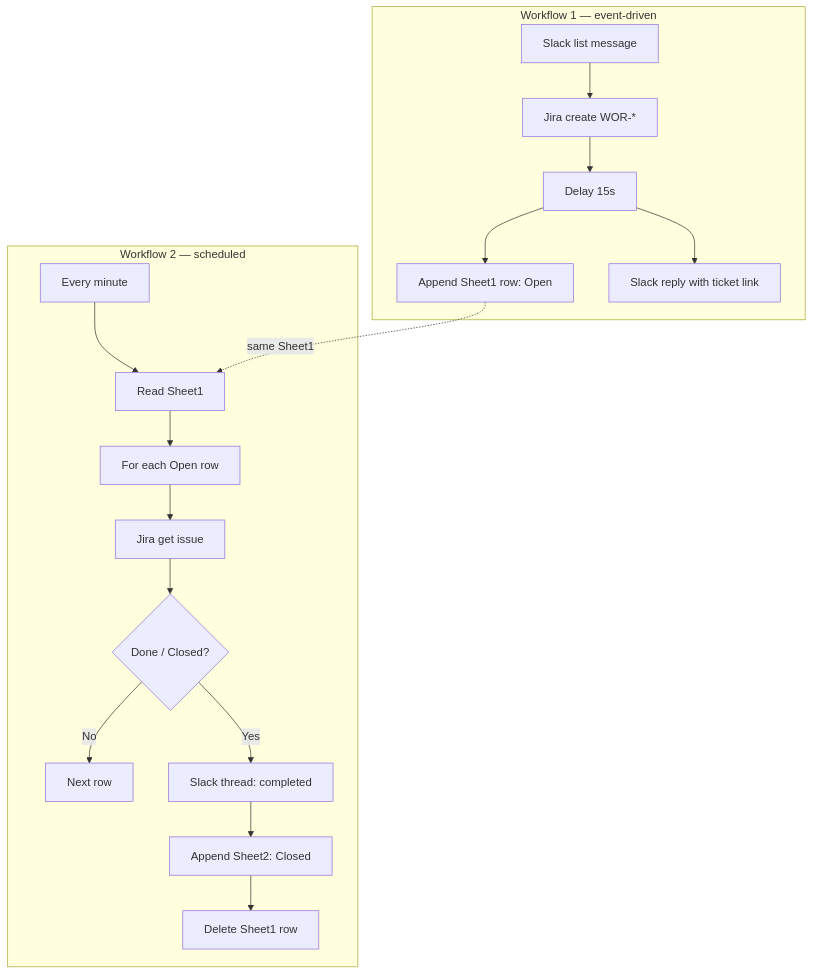
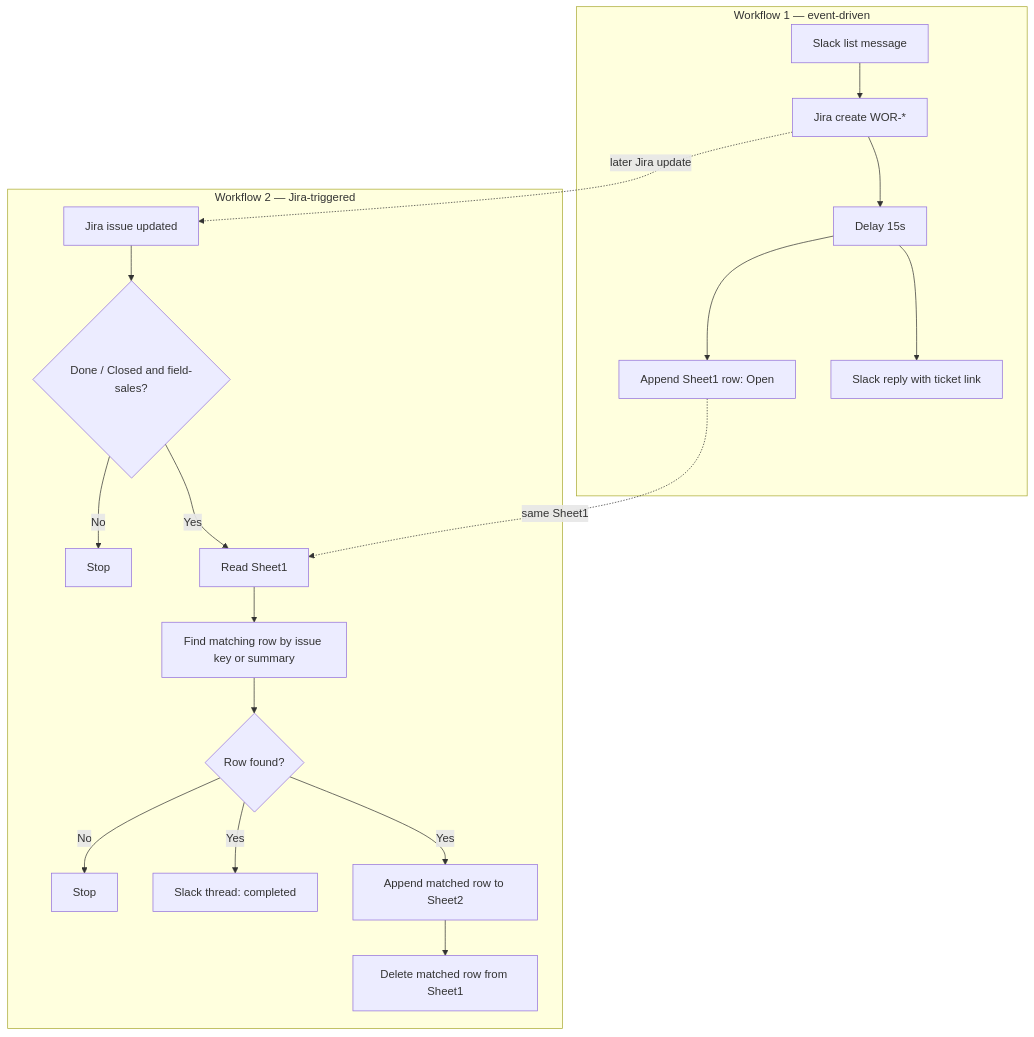
The first of 3 diagrams in field-sales-queries/documentation.md (tylertan-tech/people-tech-langdock), drawn with Mermaid before and after one commit. The commit also changed other lines of this file and 2 other files, not shown here.

Commit message:
Update field sales queries documentation and JSON configuration for Workflow 2, including new export dates and improved logic for matching Jira tickets.

````diff
--- a/field-sales-queries/documentation.md
+++ b/field-sales-queries/documentation.md
@@ -26,20 +26,22 @@
 ```mermaid
 flowchart TB
   subgraph WF1["Workflow 1 — event-driven"]
     S[Slack list message] --> J1[Jira create WOR-*]
     J1 --> D1[Delay 15s]
     D1 --> SH1[Append Sheet1 row: Open]
     D1 --> R1[Slack reply with ticket link]
   end
-  subgraph WF2["Workflow 2 — scheduled"]
-    CRON[Every minute] --> RD[Read Sheet1]
-    RD --> LOOP[For each Open row]
-    LOOP --> J2[Jira get issue]
-    J2 --> Q{Done / Closed?}
-    Q -->|No| NEXT[Next row]
+  subgraph WF2["Workflow 2 — Jira-triggered"]
+    JU[Jira issue updated] --> F{Done / Closed and field-sales?}
+    F -->|No| STOP[Stop]
+    F -->|Yes| RD[Read Sheet1]
+    RD --> M[Find matching row by issue key or summary]
+    M --> Q{Row found?}
+    Q -->|No| STOP2[Stop]
     Q -->|Yes| R2[Slack thread: completed]
-    R2 --> SH2[Append Sheet2: Closed]
-    SH2 --> RM[Delete Sheet1 row]
+    Q -->|Yes| SH2[Append matched row to Sheet2]
+    SH2 --> RM[Delete matched row from Sheet1]
   end
+  J1 -.->|later Jira update| JU
   SH1 -.->|same Sheet1| RD
 ```
````
